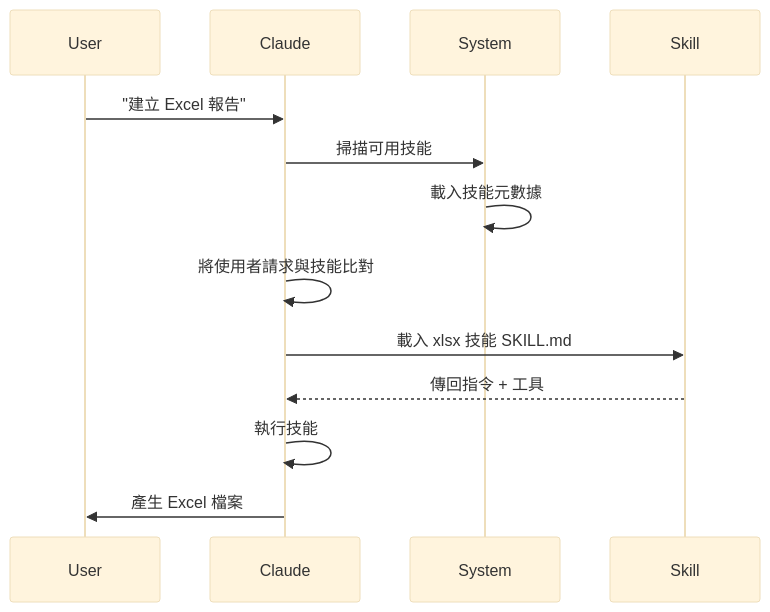
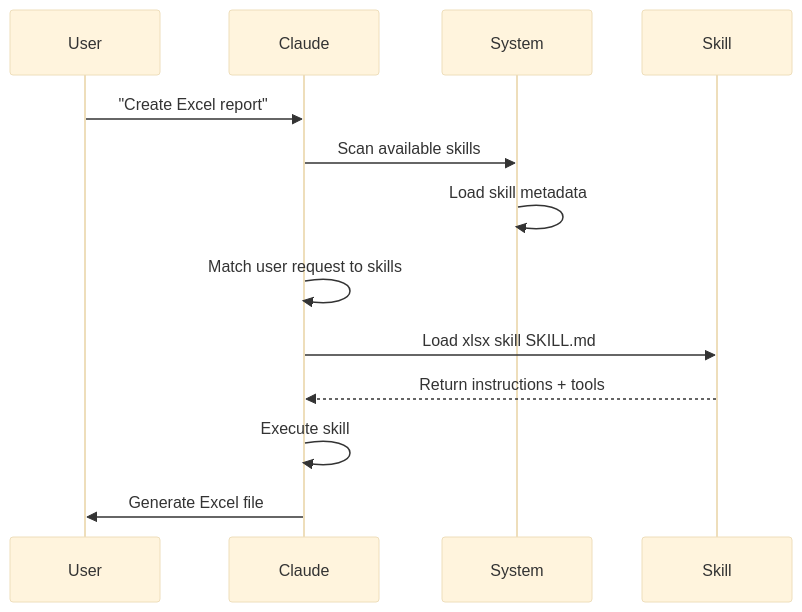
One commit to huckly/claude-howto-zh-tw changed diagram 13 of 20 in claude_concepts_guide.md. Above: the diagram before and after it, drawn with Mermaid (base theme). The commit also changed other lines of this file and 8 other files, not shown here.

````diff
--- a/claude_concepts_guide.md
+++ b/claude_concepts_guide.md
@@ -1232,16 +1270,16 @@
 ```mermaid
 sequenceDiagram
     participant User
     participant Claude as Claude
     participant System as System
     participant Skill as Skill
 
-    User->>Claude: "建立 Excel 報告"
-    Claude->>System: 掃描可用技能
-    System->>System: 載入技能元數據
-    Claude->>Claude: 將使用者請求與技能比對
-    Claude->>Skill: 載入 xlsx 技能 SKILL.md
-    Skill-->>Claude: 傳回指令 + 工具
-    Claude->>Claude: 執行技能
-    Claude->>User: 產生 Excel 檔案
+    User->>Claude: "Create Excel report"
+    Claude->>System: Scan available skills
+    System->>System: Load skill metadata
+    Claude->>Claude: Match user request to skills
+    Claude->>Skill: Load xlsx skill SKILL.md
+    Skill-->>Claude: Return instructions + tools
+    Claude->>Claude: Execute skill
+    Claude->>User: Generate Excel file
 ```
````
